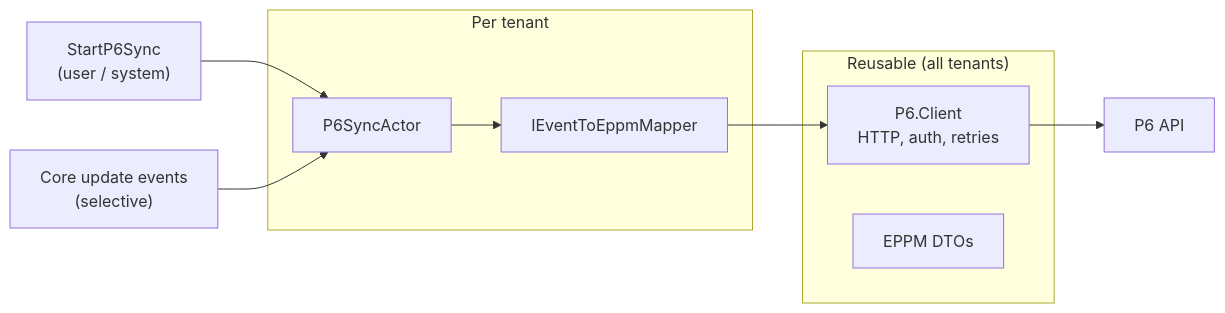
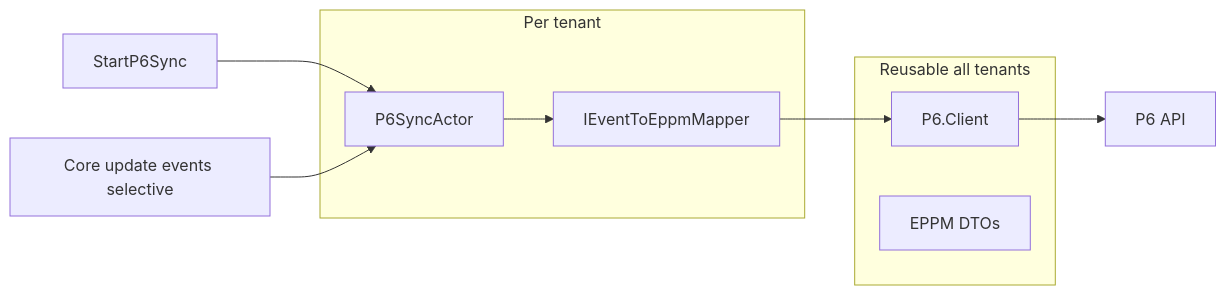
One commit to robbertF2P/Sandbox changed the fourth of 4 diagrams in docs/floor2plan-akka-actor-integration-design.md. Above: the diagram before and after it, drawn with Mermaid. The commit also changed other lines of this file, not shown here.

Commit message:
Fix mermaid syntax for GitHub rendering in design doc

````diff
--- a/docs/floor2plan-akka-actor-integration-design.md
+++ b/docs/floor2plan-akka-actor-integration-design.md
@@ -164,16 +161,16 @@
 ```mermaid
 flowchart LR
-  subgraph shared["Reusable (all tenants)"]
-    CLIENT["P6.Client\nHTTP, auth, retries"]
+  subgraph shared["Reusable all tenants"]
+    CLIENT["P6.Client"]
     DTO["EPPM DTOs"]
   end
 
   subgraph tenant["Per tenant"]
     MAP["IEventToEppmMapper"]
     ACTOR["P6SyncActor"]
   end
 
-  START["StartP6Sync\n(user / system)"] --> ACTOR
-  BUS["Core update events\n(selective)"] --> ACTOR
+  START["StartP6Sync"] --> ACTOR
+  BUS["Core update events selective"] --> ACTOR
   ACTOR --> MAP --> CLIENT --> P6API["P6 API"]
 ```
````
